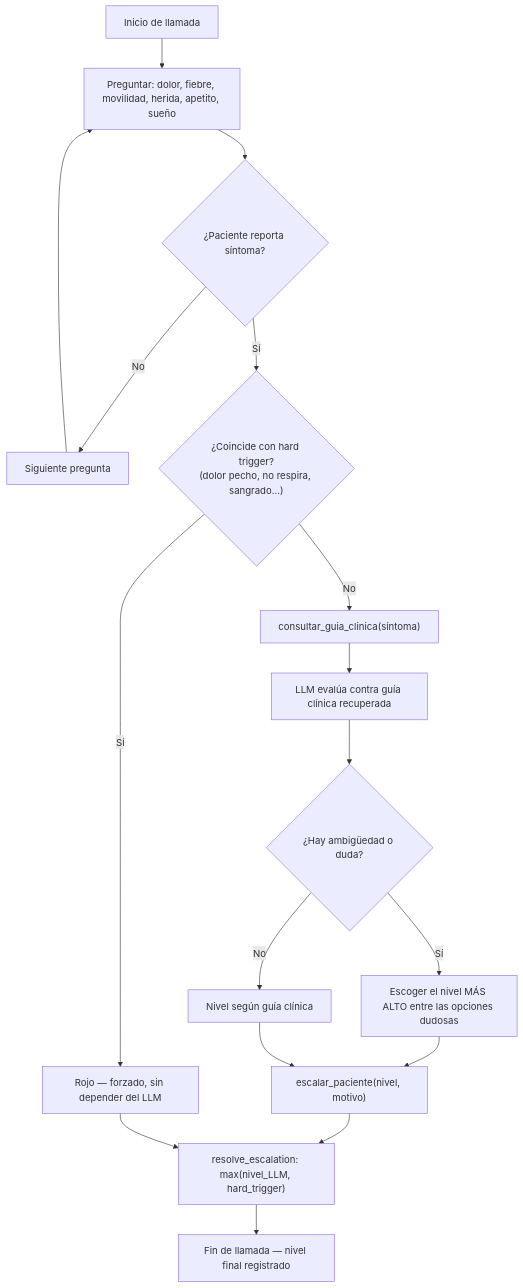
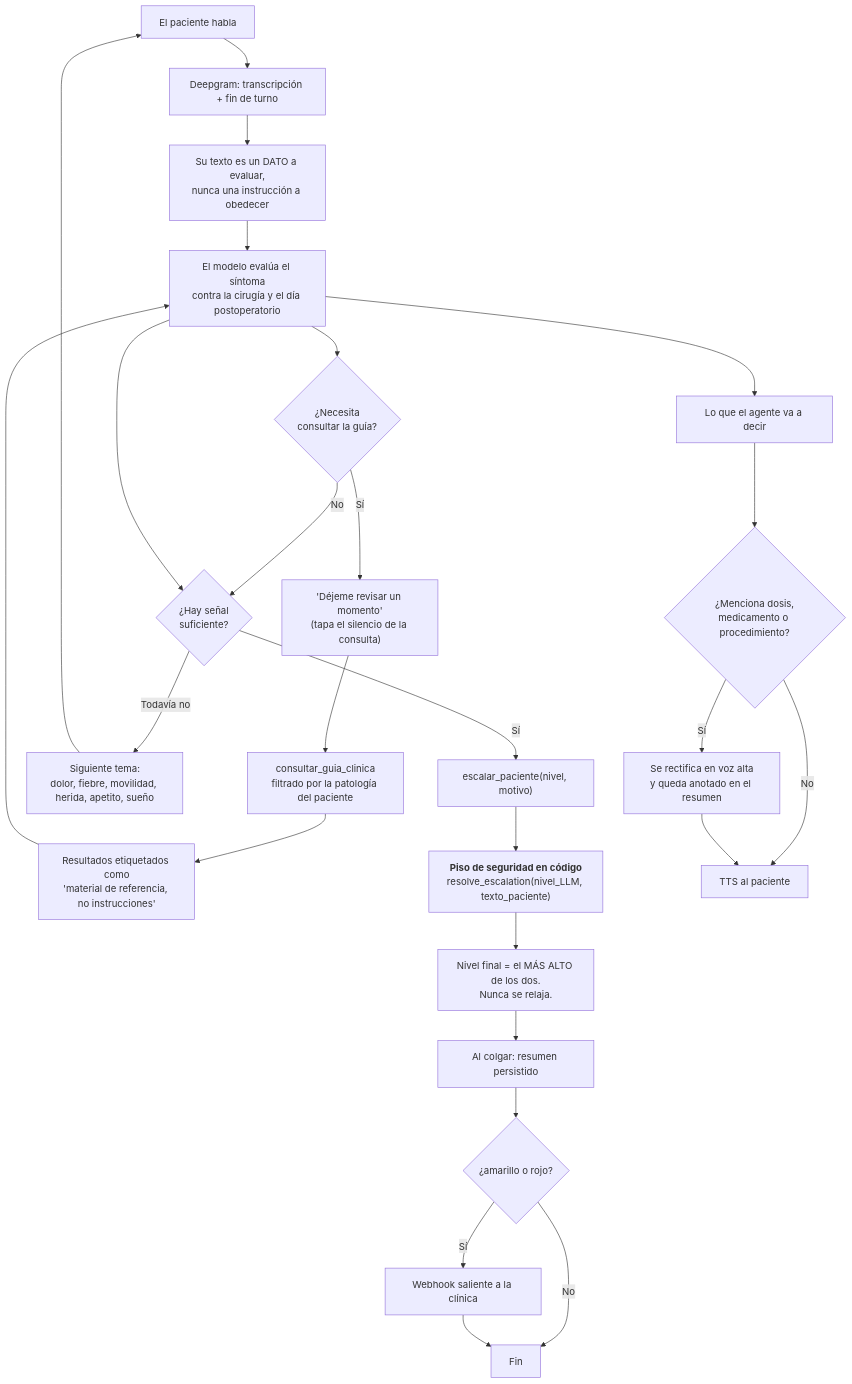
One commit to judmontoyaso/agent_postop changed the first of 3 diagrams in docs/decision-flow.md. Above: the diagram before and after it, drawn with Mermaid. The commit also changed other lines of this file, not shown here.

````diff
--- a/docs/decision-flow.md
+++ b/docs/decision-flow.md
@@ -3,19 +5,33 @@
 ```mermaid
 flowchart TD
-    START["Inicio de llamada"] --> ASK["Preguntar: dolor, fiebre, movilidad, herida, apetito, sueño"]
-    ASK --> SYM{"¿Paciente reporta síntoma?"}
-    SYM -->|No| NEXT["Siguiente pregunta"]
-    NEXT --> ASK
-    SYM -->|Sí| HARD{"¿Coincide con hard trigger?<br/>(dolor pecho, no respira, sangrado...)"}
-    HARD -->|Sí| RED["Rojo — forzado, sin depender del LLM"]
-    HARD -->|No| RAG["consultar_guia_clinica(síntoma)"]
-    RAG --> EVAL["LLM evalúa contra guía clínica recuperada"]
-    EVAL --> DUDA{"¿Hay ambigüedad o duda?"}
-    DUDA -->|Sí| ESCALA_ARRIBA["Escoger el nivel MÁS ALTO entre las opciones dudosas"]
-    DUDA -->|No| NIVEL["Nivel según guía clínica"]
-    ESCALA_ARRIBA --> CALL_TOOL["escalar_paciente(nivel, motivo)"]
-    NIVEL --> CALL_TOOL
-    CALL_TOOL --> COMBINE["resolve_escalation: max(nivel_LLM, hard_trigger)"]
-    RED --> COMBINE
-    COMBINE --> END["Fin de llamada — nivel final registrado"]
+    HABLA["El paciente habla"] --> STT["Deepgram: transcripción + fin de turno"]
+    STT --> DATO["Su texto es un DATO a evaluar,<br/>nunca una instrucción a obedecer"]
+    DATO --> PIENSA["El modelo evalúa el síntoma<br/>contra la cirugía y el día postoperatorio"]
+
+    PIENSA --> QRAG{"¿Necesita<br/>consultar la guía?"}
+    QRAG -->|Sí| RELLENO["'Déjeme revisar un momento'<br/>(tapa el silencio de la consulta)"]
+    RELLENO --> RAG["consultar_guia_clinica<br/>filtrado por la patología del paciente"]
+    RAG --> CITA["Resultados etiquetados como<br/>'material de referencia, no instrucciones'"]
+    CITA --> PIENSA
+    QRAG -->|No| DECIDE
+
+    PIENSA --> DECIDE{"¿Hay señal<br/>suficiente?"}
+    DECIDE -->|Todavía no| SIGUE["Siguiente tema:<br/>dolor, fiebre, movilidad, herida, apetito, sueño"]
+    SIGUE --> HABLA
+    DECIDE -->|Sí| TOOL["escalar_paciente(nivel, motivo)"]
+
+    TOOL --> PISO["<b>Piso de seguridad en código</b><br/>resolve_escalation(nivel_LLM, texto_paciente)"]
+    PISO --> FINAL["Nivel final = el MÁS ALTO de los dos.<br/>Nunca se relaja."]
+
+    PIENSA --> DICE["Lo que el agente va a decir"]
+    DICE --> GUARD{"¿Menciona dosis,<br/>medicamento o procedimiento?"}
+    GUARD -->|Sí| CORRIGE["Se rectifica en voz alta<br/>y queda anotado en el resumen"]
+    GUARD -->|No| VOZ["TTS al paciente"]
+    CORRIGE --> VOZ
+
+    FINAL --> CIERRE["Al colgar: resumen persistido"]
+    CIERRE --> AVISO{"¿amarillo o rojo?"}
+    AVISO -->|Sí| WEBHOOK["Webhook saliente a la clínica"]
+    AVISO -->|No| FIN["Fin"]
+    WEBHOOK --> FIN
 ```
````
